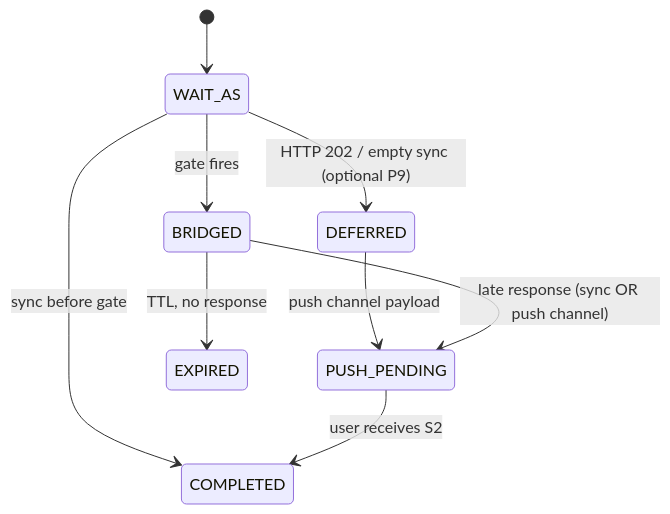
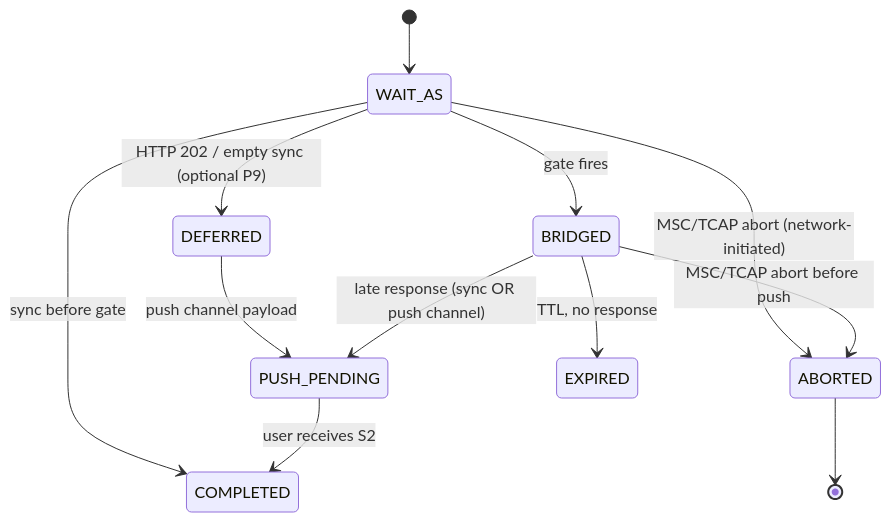
Before and after one commit to nhanth87/ussdgw: the second of 5 diagrams in docs/design/bridge-unified-reconciliation-rfc.md, drawn with Mermaid. The commit also changed other lines of this file, not shown here.

````diff
--- a/docs/design/bridge-unified-reconciliation-rfc.md
+++ b/docs/design/bridge-unified-reconciliation-rfc.md
@@ -200,11 +200,14 @@
 ```mermaid
 stateDiagram-v2
   [*] --> WAIT_AS
   WAIT_AS --> COMPLETED: sync before gate
   WAIT_AS --> BRIDGED: gate fires
   WAIT_AS --> DEFERRED: HTTP 202 / empty sync (optional P9)
+  WAIT_AS --> ABORTED: MSC/TCAP abort (network-initiated)
+  BRIDGED --> ABORTED: MSC/TCAP abort before push
   DEFERRED --> PUSH_PENDING: push channel payload
   BRIDGED --> PUSH_PENDING: late response (sync OR push channel)
   PUSH_PENDING --> COMPLETED: user receives S2
   BRIDGED --> EXPIRED: TTL, no response
+  ABORTED --> [*]
 ```
````
